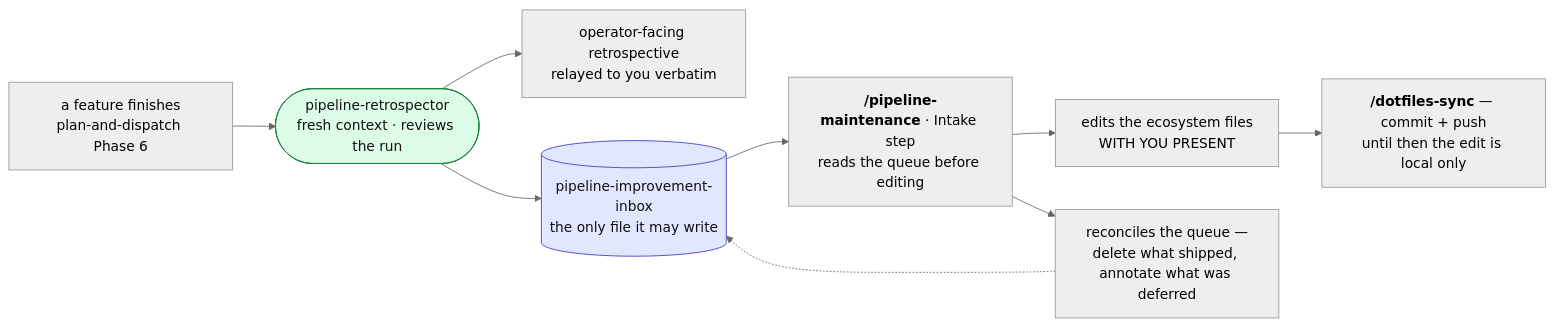
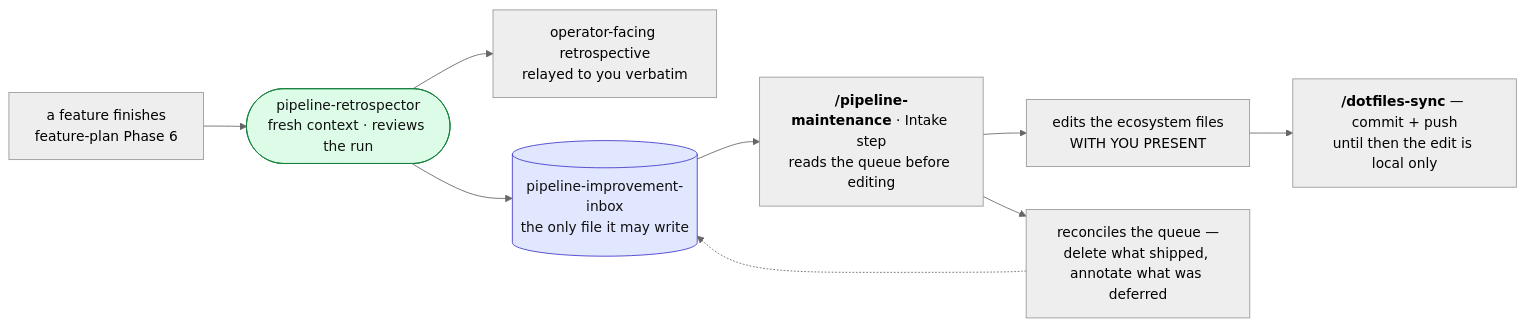
The fourth of 4 diagrams in .claude/PIPELINE.md (var-pi/dotfiles), drawn with Mermaid (neutral theme) before and after one commit. The commit also changed other lines of this file and 23 other files, not shown here.

````diff
--- a/.claude/PIPELINE.md
+++ b/.claude/PIPELINE.md
@@ -220,16 +222,16 @@
 ```mermaid
 flowchart LR
-    RUN["a feature finishes<br/>plan-and-dispatch Phase 6"] --> R(["pipeline-retrospector<br/>fresh context · reviews the run"])
+    RUN["a feature finishes<br/>feature-plan Phase 6"] --> R(["pipeline-retrospector<br/>fresh context · reviews the run"])
     R --> OP["operator-facing retrospective<br/>relayed to you verbatim"]
     R --> IN[("pipeline-improvement-inbox<br/>the only file it may write")]
     IN --> PM["<b>/pipeline-maintenance</b> · Intake step<br/>reads the queue before editing"]
     PM --> FILES["edits the ecosystem files<br/>WITH YOU PRESENT"]
     PM --> REC["reconciles the queue —<br/>delete what shipped, annotate what was deferred"]
     FILES --> SYNC["<b>/dotfiles-sync</b> — commit + push<br/>until then the edit is local only"]
     REC -.-> IN
 
     classDef store fill:#e0e7ff,stroke:#4338ca,color:#111;
     classDef agent fill:#dcfce7,stroke:#15803d,color:#111;
     class IN store;
     class R agent;
 ```
````
